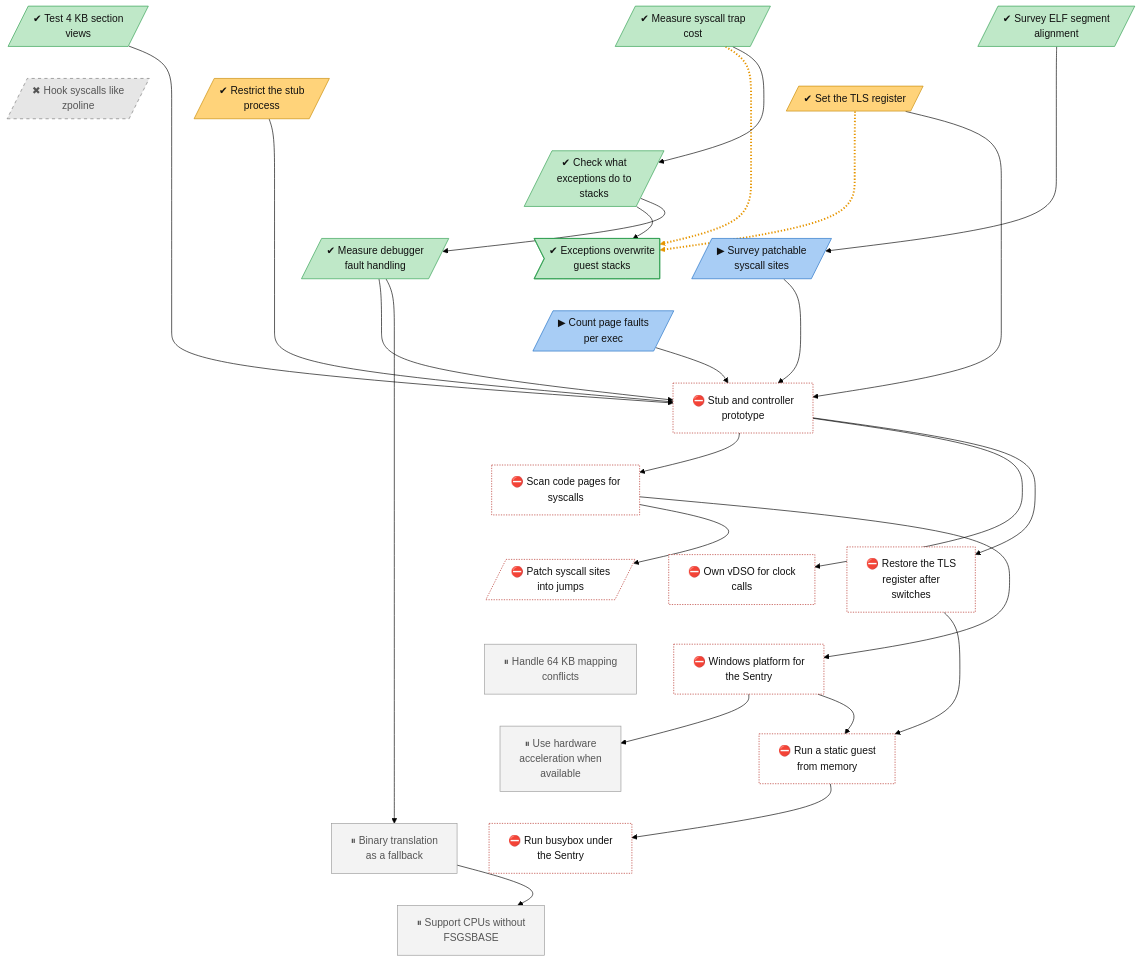
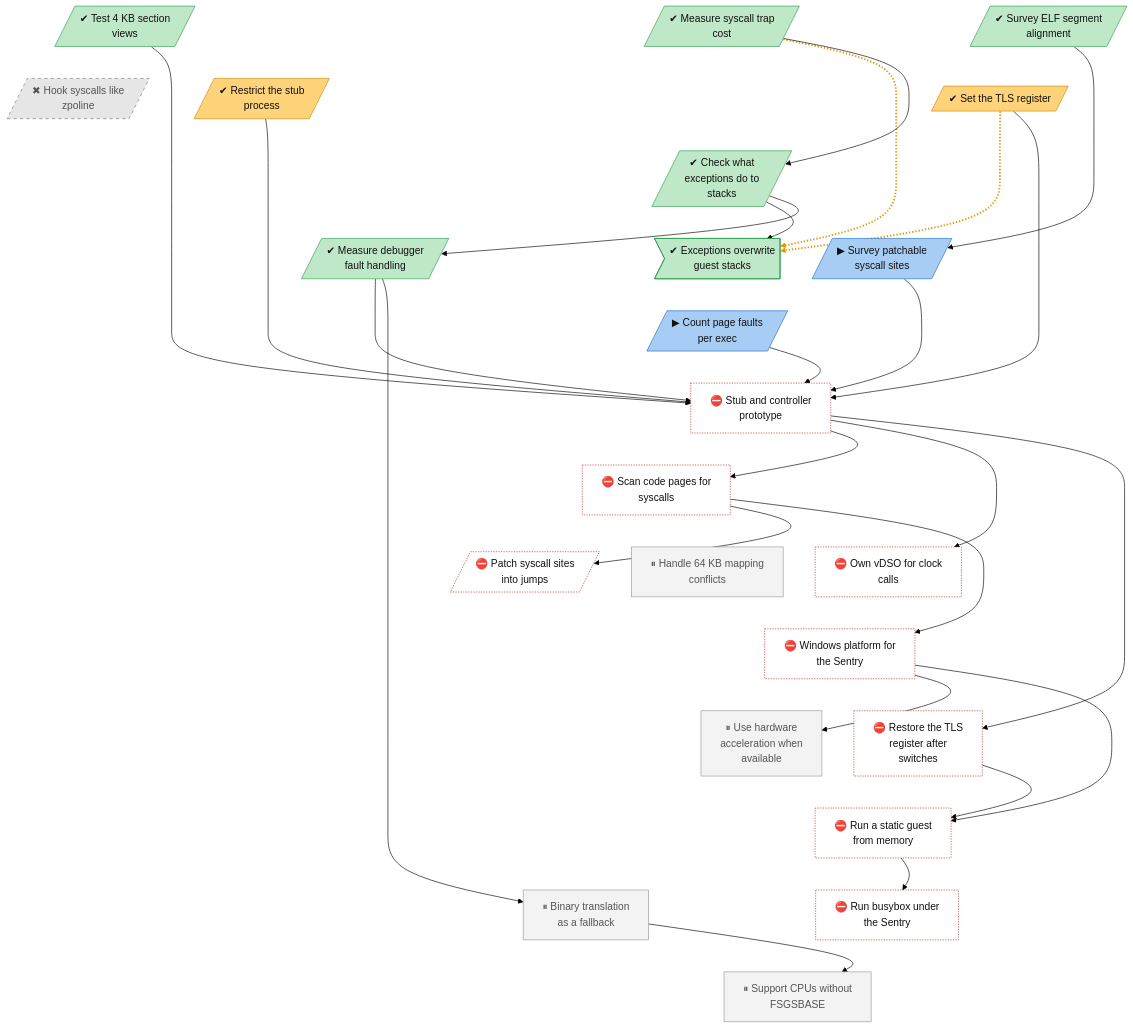
The diagram in docs/roadmap/tracks/platform.md (lhns/gvisor-windows), drawn with Mermaid (forest theme) before and after one commit. The commit also changed 4 other files, not shown here.

````diff
--- a/docs/roadmap/tracks/platform.md
+++ b/docs/roadmap/tracks/platform.md
@@ -24,10 +24,10 @@
     platform_page_verification["⛔ Scan code pages for<br/>syscalls"]
     platform_syscall_fast_path[/"⛔ Patch syscall sites<br/>into jumps"/]
     platform_own_vdso["⛔ Own vDSO for clock<br/>calls"]
-    platform_fs_base_repair["⛔ Restore the TLS<br/>register after<br/>switches"]
     platform_64k_mapping_conflicts["⏸ Handle 64 KB mapping<br/>conflicts"]
     platform_winstub["⛔ Windows platform for<br/>the Sentry"]
     platform_hardware_acceleration["⏸ Use hardware<br/>acceleration when<br/>available"]
+    platform_fs_base_repair["⛔ Restore the TLS<br/>register after<br/>switches"]
     platform_static_guest_from_memory["⛔ Run a static guest<br/>from memory"]
     platform_busybox_on_windows["⛔ Run busybox under<br/>the Sentry"]
     platform_binary_translation_fallback["⏸ Binary translation<br/>as a fallback"]
@@ -48,13 +48,15 @@
     platform_stub_controller ~~~ platform_page_verification
     platform_page_verification ~~~ platform_syscall_fast_path
     platform_page_verification ~~~ platform_own_vdso
-    platform_page_verification ~~~ platform_fs_base_repair
-    platform_syscall_fast_path ~~~ platform_64k_mapping_conflicts
+    platform_page_verification ~~~ platform_64k_mapping_conflicts
+    platform_syscall_fast_path ~~~ platform_winstub
     platform_own_vdso ~~~ platform_winstub
-    platform_fs_base_repair ~~~ platform_winstub
-    platform_64k_mapping_conflicts ~~~ platform_hardware_acceleration
-    platform_winstub ~~~ platform_static_guest_from_memory
-    platform_hardware_acceleration ~~~ platform_busybox_on_windows
+    platform_64k_mapping_conflicts ~~~ platform_winstub
+    platform_winstub ~~~ platform_hardware_acceleration
+    platform_winstub ~~~ platform_fs_base_repair
+    platform_hardware_acceleration ~~~ platform_static_guest_from_memory
+    platform_fs_base_repair ~~~ platform_static_guest_from_memory
+    platform_static_guest_from_memory ~~~ platform_busybox_on_windows
     platform_static_guest_from_memory ~~~ platform_binary_translation_fallback
     platform_busybox_on_windows ~~~ platform_no_fsgsbase_fallback
     platform_binary_translation_fallback ~~~ platform_no_fsgsbase_fallback
@@ -73,15 +75,15 @@
     platform_stub_controller --> platform_page_verification
     platform_page_verification --> platform_syscall_fast_path
     platform_stub_controller --> platform_own_vdso
-    platform_stub_controller --> platform_fs_base_repair
     platform_page_verification --> platform_winstub
     platform_winstub --> platform_hardware_acceleration
+    platform_stub_controller --> platform_fs_base_repair
     platform_winstub --> platform_static_guest_from_memory
     platform_fs_base_repair --> platform_static_guest_from_memory
     platform_static_guest_from_memory --> platform_busybox_on_windows
     platform_debug_event_cost --> platform_binary_translation_fallback
     platform_binary_translation_fallback --> platform_no_fsgsbase_fallback
-    linkStyle 26,27 stroke:#e69500,stroke-width:3px,stroke-dasharray:2 3
+    linkStyle 28,29 stroke:#e69500,stroke-width:3px,stroke-dasharray:2 3
     classDef vsucc fill:#2e9e4f,stroke:#1b6b34,color:#fff
     classDef succ fill:#bfe8c8,stroke:#2e9e4f,color:#111
     classDef mixed fill:#ffd37a,stroke:#c98a00,color:#111
@@ -100,6 +102,6 @@
     class platform_tls_register,platform_restricted_stub mixed
     class platform_zpoline_hooks dead
     class platform_syscall_site_survey,platform_faults_per_exec inprog
-    class platform_stub_controller,platform_page_verification,platform_syscall_fast_path,platform_own_vdso,platform_fs_base_repair,platform_winstub,platform_static_guest_from_memory,platform_busybox_on_windows blocked
+    class platform_stub_controller,platform_page_verification,platform_syscall_fast_path,platform_own_vdso,platform_winstub,platform_fs_base_repair,platform_static_guest_from_memory,platform_busybox_on_windows blocked
     class platform_64k_mapping_conflicts,platform_hardware_acceleration,platform_binary_translation_fallback,platform_no_fsgsbase_fallback parked
 ```
````
